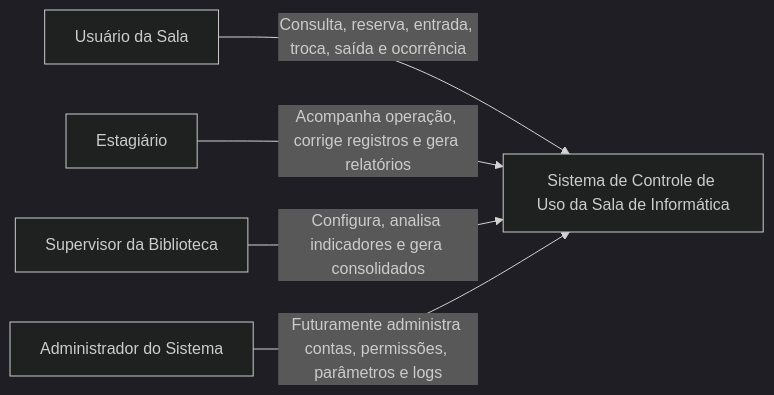
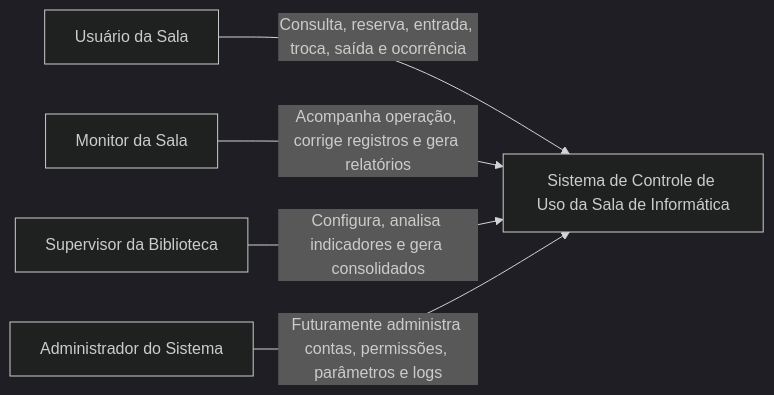
Before and after one commit to MarcosVini753/estagio: the diagram in docs/architecture/diagrams/c4-context.md, drawn with Mermaid (dark theme). The commit also changed 27 other files, not shown here.

Commit message:
feat: renomear 'Estagiário' para 'Monitor da Sala' em toda a documentação e código

````diff
--- a/docs/architecture/diagrams/c4-context.md
+++ b/docs/architecture/diagrams/c4-context.md
@@ -3,13 +3,13 @@
 ```mermaid
 flowchart LR
     roomUser[Usuário da Sala]
-    intern[Estagiário]
+    intern[Monitor da Sala]
     supervisor[Supervisor da Biblioteca]
     admin[Administrador do Sistema]
     system[Sistema de Controle de Uso da Sala de Informática]
 
     roomUser -->|Consulta, reserva, entrada, troca, saída e ocorrência| system
     intern -->|Acompanha operação, corrige registros e gera relatórios| system
     supervisor -->|Configura, analisa indicadores e gera consolidados| system
     admin -->|Futuramente administra contas, permissões, parâmetros e logs| system
 ```
````
